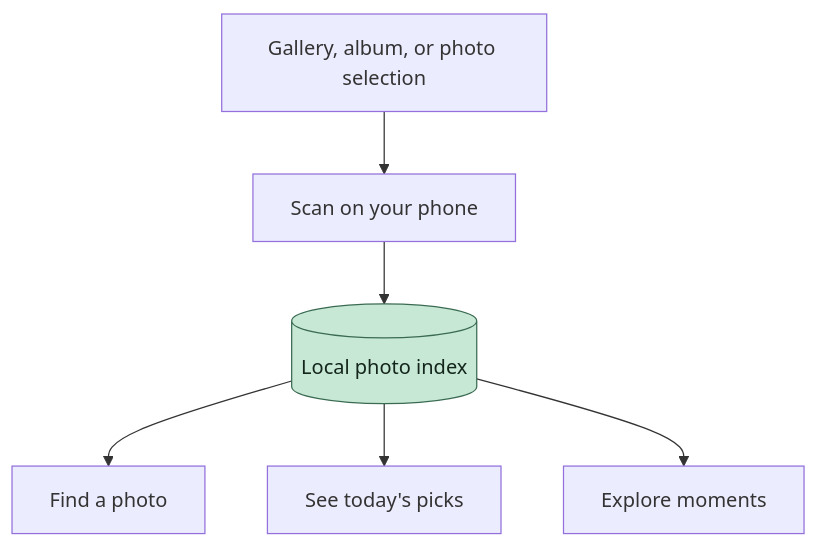
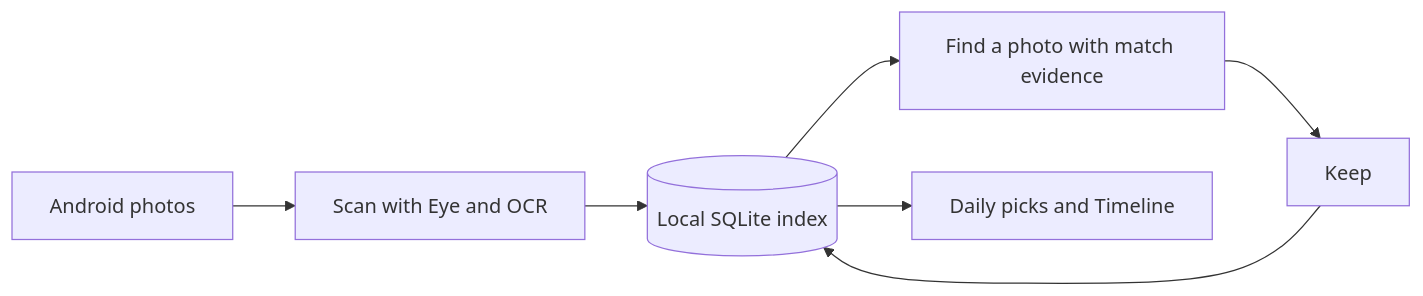
The diagram in README.md (harishkotra/nimby), drawn with Mermaid before and after one commit. The commit also changed other lines of this file and 22 other files, not shown here.

````diff
--- a/README.md
+++ b/README.md
@@ -13,10 +39,9 @@
 ```mermaid
-flowchart TD
-    Gallery["Gallery, album, or photo selection"] --> Scan["Scan on your phone"]
-    Scan --> Index[("Local photo index")]
-    Index --> Recall["Find a photo"]
-    Index --> Daily["See today's picks"]
-    Index --> Timeline["Explore moments"]
-    classDef accent fill:#c7e8d5,stroke:#3a6b52,color:#14251b
-    class Index accent
+flowchart LR
+    Gallery["Android photos"] --> Scan["Scan with Eye and OCR"]
+    Scan --> Index[("Local SQLite index")]
+    Index --> Search["Find a photo with match evidence"]
+    Index --> Discover["Daily picks and Timeline"]
+    Search --> Keep["Keep"]
+    Keep --> Index
 ```
````
